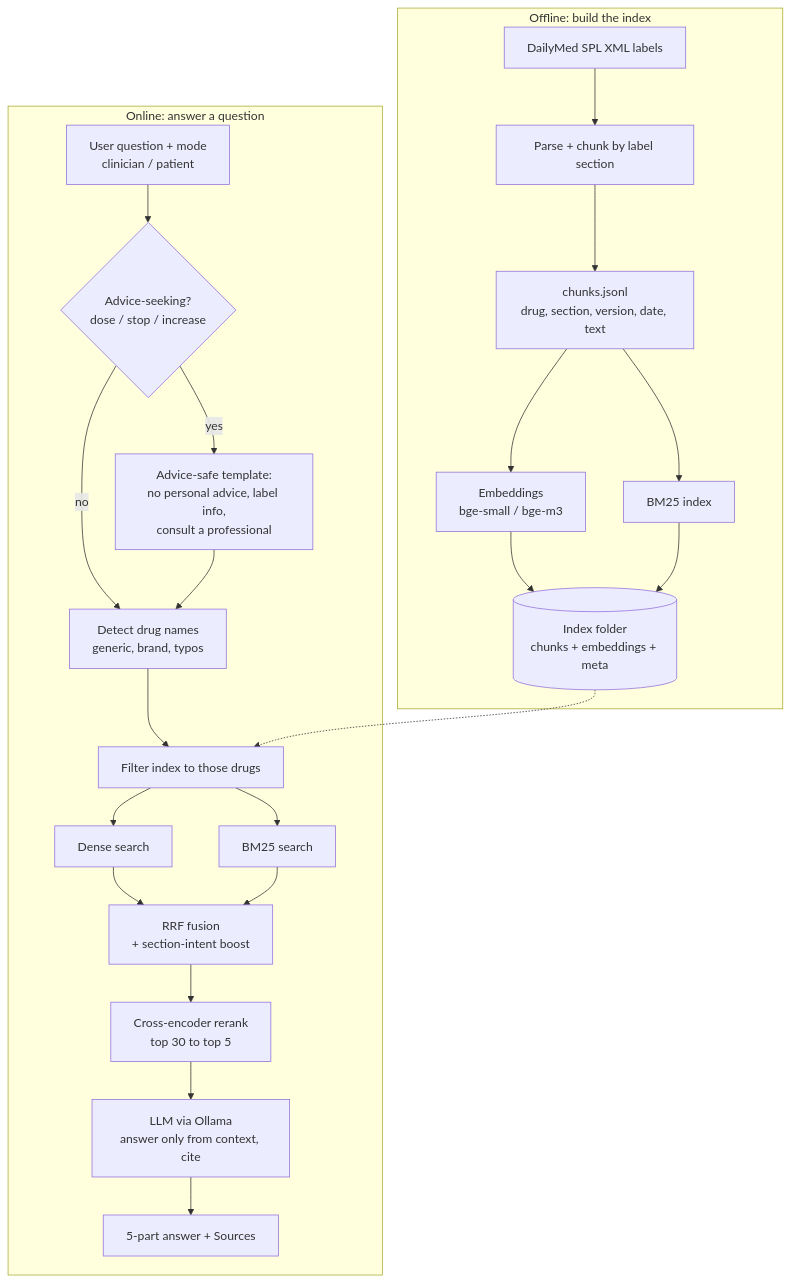
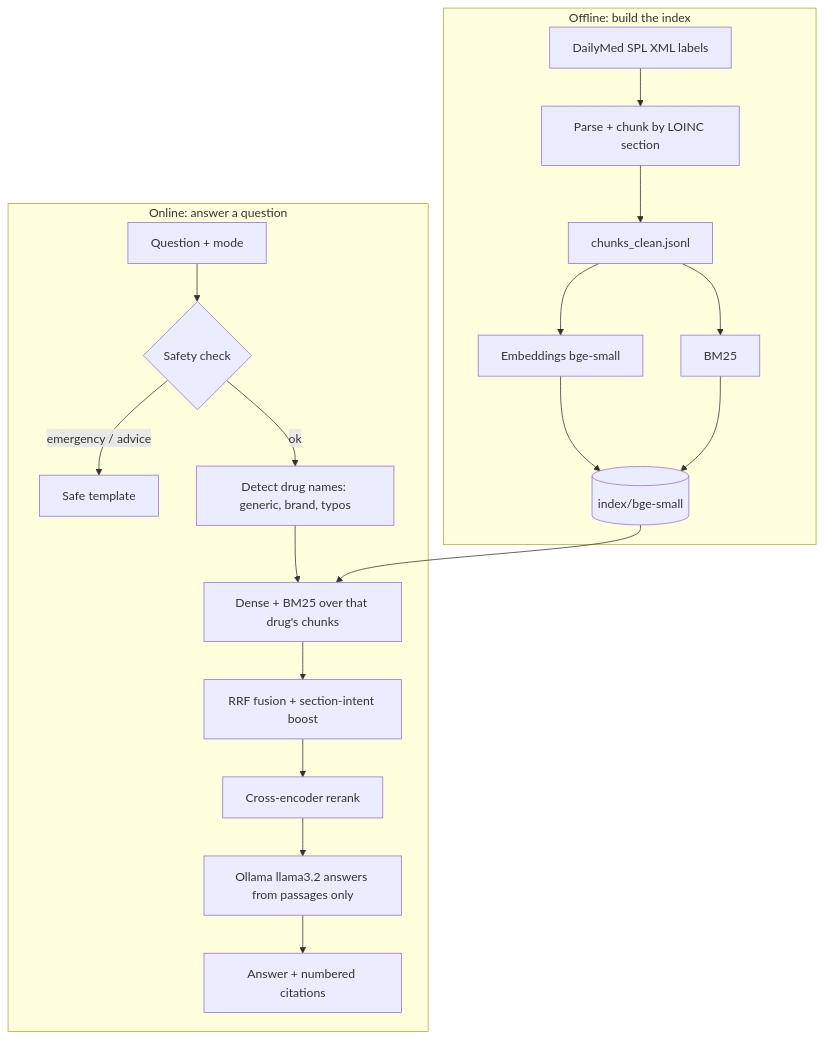
One commit to Kartik7687/Cognizant-Hackathon changed the diagram in README.md. Above: the diagram before and after it, drawn with Mermaid. The commit also changed other lines of this file and 2 other files, not shown here.

````diff
--- a/README.md
+++ b/README.md
@@ -11,26 +8,22 @@
 ```mermaid
 flowchart TD
     subgraph OFFLINE["Offline: build the index"]
-        A[DailyMed SPL XML labels] --> B[Parse + chunk by label section]
-        B --> C[chunks.jsonl<br/>drug, section, version, date, text]
-        C --> D[Embeddings<br/>bge-small / bge-m3]
-        C --> E[BM25 index]
-        D --> F[(Index folder<br/>chunks + embeddings + meta)]
+        A[DailyMed SPL XML labels] --> B[Parse + chunk by LOINC section]
+        B --> C[chunks_clean.jsonl]
+        C --> D[Embeddings bge-small]
+        C --> E[BM25]
+        D --> F[(index/bge-small)]
         E --> F
     end
-
     subgraph ONLINE["Online: answer a question"]
-        Q[User question + mode<br/>clinician / patient] --> G{Advice-seeking?<br/>dose / stop / increase}
-        G -->|yes| H[Advice-safe template:<br/>no personal advice, label info,<br/>consult a professional]
-        G -->|no| I[Detect drug names<br/>generic, brand, typos]
-        H --> I
-        I --> J[Filter index to those drugs]
-        J --> K[Dense search] --> M[RRF fusion<br/>+ section-intent boost]
-        J --> L[BM25 search] --> M
-        M --> N[Cross-encoder rerank<br/>top 30 to top 5]
-        N --> O[LLM via Ollama<br/>answer only from context, cite]
-        O --> P[5-part answer + Sources]
+        Q[Question + mode] --> S{Safety check}
+        S -->|emergency / advice| T[Safe template]
+        S -->|ok| I[Detect drug names: generic, brand, typos]
+        I --> J[Dense + BM25 over that drug's chunks]
+        J --> M[RRF fusion + section-intent boost]
+        M --> N[Cross-encoder rerank]
+        N --> G[Ollama llama3.2 answers from passages only]
+        G --> R[Answer + numbered citations]
     end
-
-    F -.-> J
+    F --> J
 ```
````
